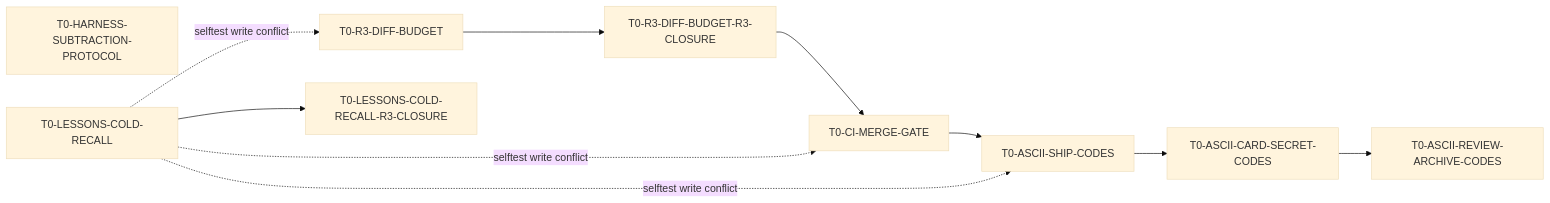
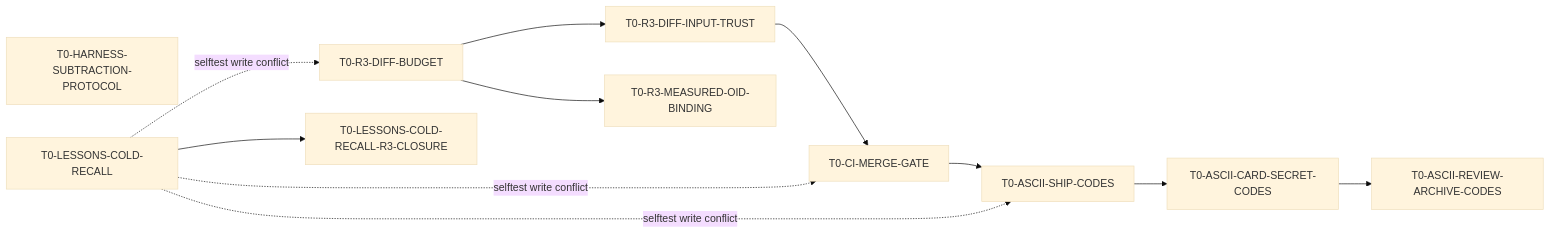
Before and after one commit to Asun28/MyInspection: the diagram in docs/TASK-BOARD.md, drawn with Mermaid (base theme). The commit also changed other lines of this file and 3 other files, not shown here.

First line of the commit message:
cards: 把 T0-R3-DIFF-BUDGET 拆成 3 张，各带封闭验收集合

````diff
--- a/docs/TASK-BOARD.md
+++ b/docs/TASK-BOARD.md
@@ -121,14 +123,15 @@
 ```mermaid
 flowchart LR
-  A[T0-R3-DIFF-BUDGET] --> A2[T0-R3-DIFF-BUDGET-R3-CLOSURE]
+  A[T0-R3-DIFF-BUDGET] --> A2[T0-R3-DIFF-INPUT-TRUST]
+  A --> A3[T0-R3-MEASURED-OID-BINDING]
   A2 --> B[T0-CI-MERGE-GATE]
   B --> E[T0-ASCII-SHIP-CODES]
   E --> F[T0-ASCII-CARD-SECRET-CODES]
   F --> G[T0-ASCII-REVIEW-ARCHIVE-CODES]
   C[T0-HARNESS-SUBTRACTION-PROTOCOL]
   D[T0-LESSONS-COLD-RECALL]
   D --> H[T0-LESSONS-COLD-RECALL-R3-CLOSURE]
   D -.->|selftest write conflict| A
   D -.->|selftest write conflict| B
   D -.->|selftest write conflict| E
 ```
````
